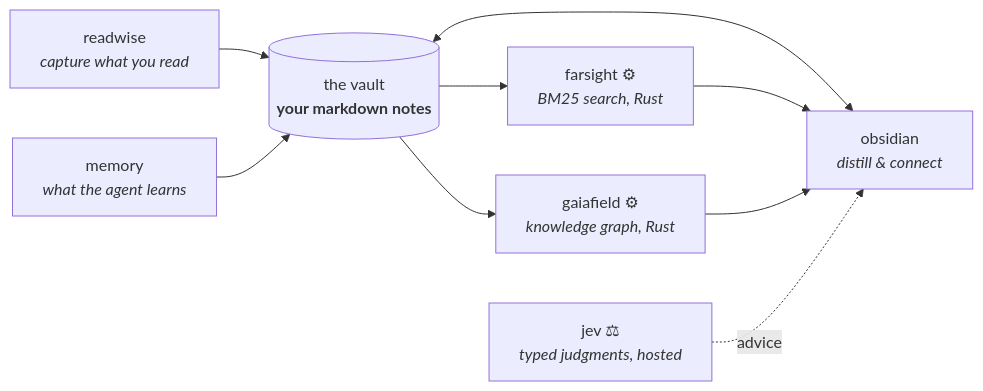
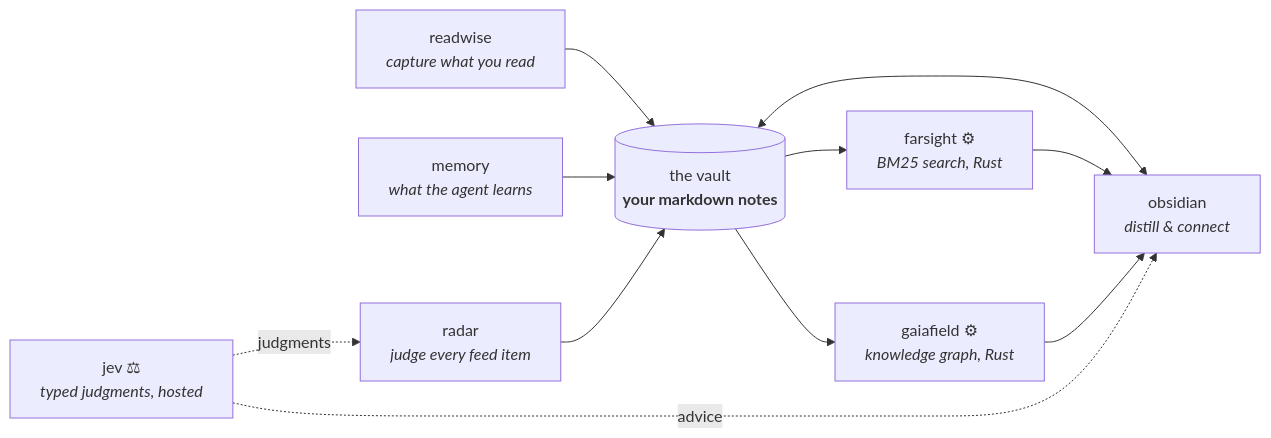
Before and after one commit to marsmike/agentic-toolkit: the first of 2 diagrams in README.md, drawn with Mermaid. The commit also changed other lines of this file and 59 other files, not shown here.

First line of the commit message:
R10 radar + R11 one pipeline: feed judgments, ingest script, unattended distill (#14)

````diff
--- a/README.md
+++ b/README.md
@@ -17,11 +17,13 @@
 ```mermaid
 flowchart LR
     R[readwise<br/><i>capture what you read</i>] --> V
     V[(the vault<br/><b>your markdown notes</b>)] <--> O[obsidian<br/><i>distill &amp; connect</i>]
     M[memory<br/><i>what the agent learns</i>] --> V
     V --> F[farsight ⚙<br/><i>BM25 search, Rust</i>]
     V --> G[gaiafield ⚙<br/><i>knowledge graph, Rust</i>]
     F --> O
     G --> O
     J[jev ⚖<br/><i>typed judgments, hosted</i>] -. advice .-> O
+    RD[radar<br/><i>judge every feed item</i>] --> V
+    J -. judgments .-> RD
 ```
````
